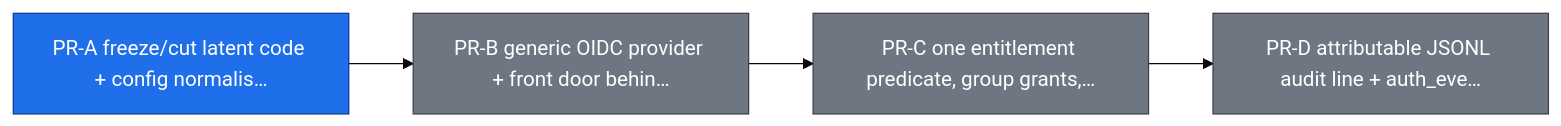
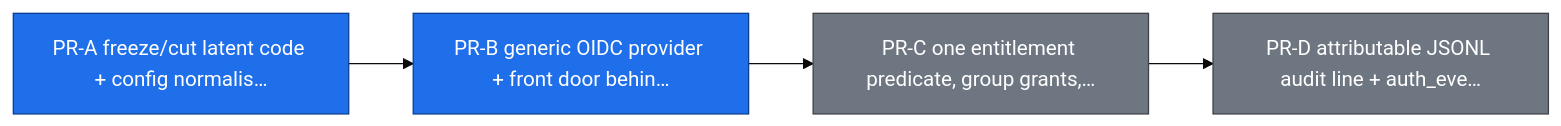
The tenth of 24 diagrams in ROADMAP.md (smart-mcp-proxy/mcpproxy-go), drawn with Mermaid (base theme) before and after one commit. The commit also changed other lines of this file and 1 other file, not shown here.

Commit message:
docs(roadmap): link PR-B

````diff
--- a/ROADMAP.md
+++ b/ROADMAP.md
@@ -415,16 +415,16 @@
 ```mermaid
 graph LR
   sso_pr_a_freeze_cut["PR-A freeze/cut latent code + config normalis…"]
   sso_pr_b_oidc_front_door["PR-B generic OIDC provider + front door behin…"]
   sso_pr_c_group_allowlist["PR-C one entitlement predicate, group grants,…"]
   sso_pr_d_audit_line["PR-D attributable JSONL audit line + auth_eve…"]
 
   sso_pr_a_freeze_cut --> sso_pr_b_oidc_front_door
   sso_pr_b_oidc_front_door --> sso_pr_c_group_allowlist
   sso_pr_c_group_allowlist --> sso_pr_d_audit_line
 
   classDef in_progress fill:#1f6feb,stroke:#0b3d91,color:#ffffff;
   classDef todo fill:#6e7781,stroke:#3d4248,color:#ffffff;
-  class sso_pr_a_freeze_cut in_progress;
-  class sso_pr_b_oidc_front_door,sso_pr_c_group_allowlist,sso_pr_d_audit_line todo;
+  class sso_pr_a_freeze_cut,sso_pr_b_oidc_front_door in_progress;
+  class sso_pr_c_group_allowlist,sso_pr_d_audit_line todo;
 ```
````
